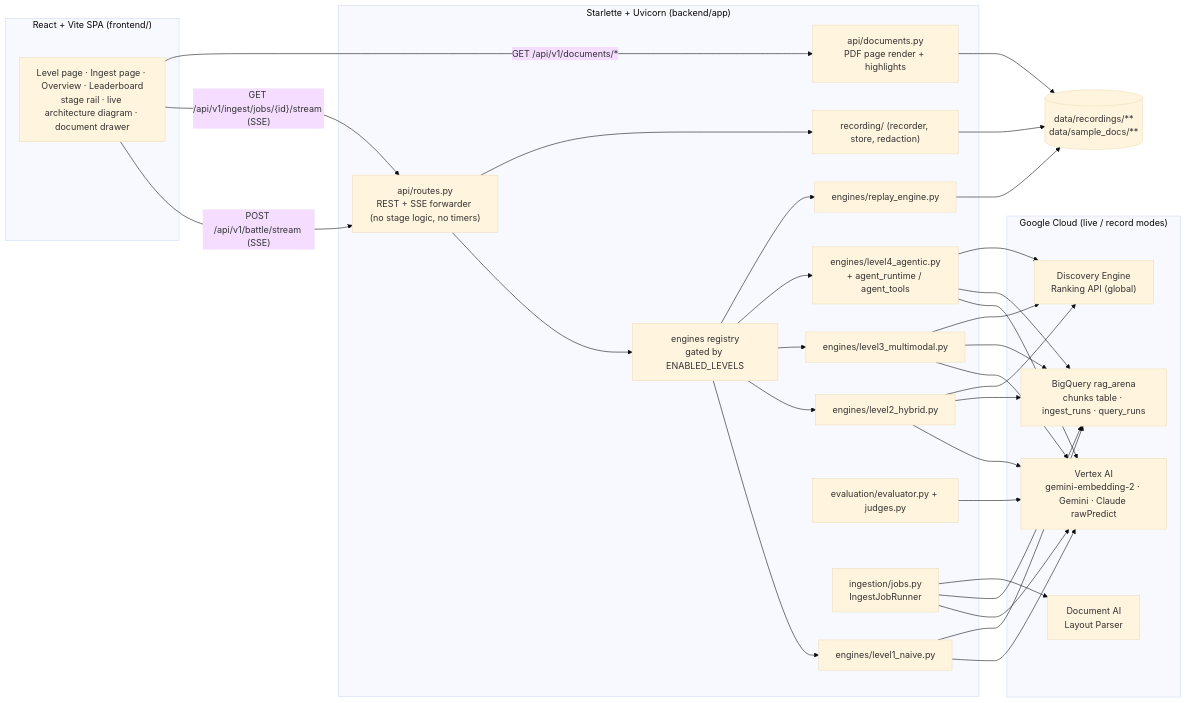
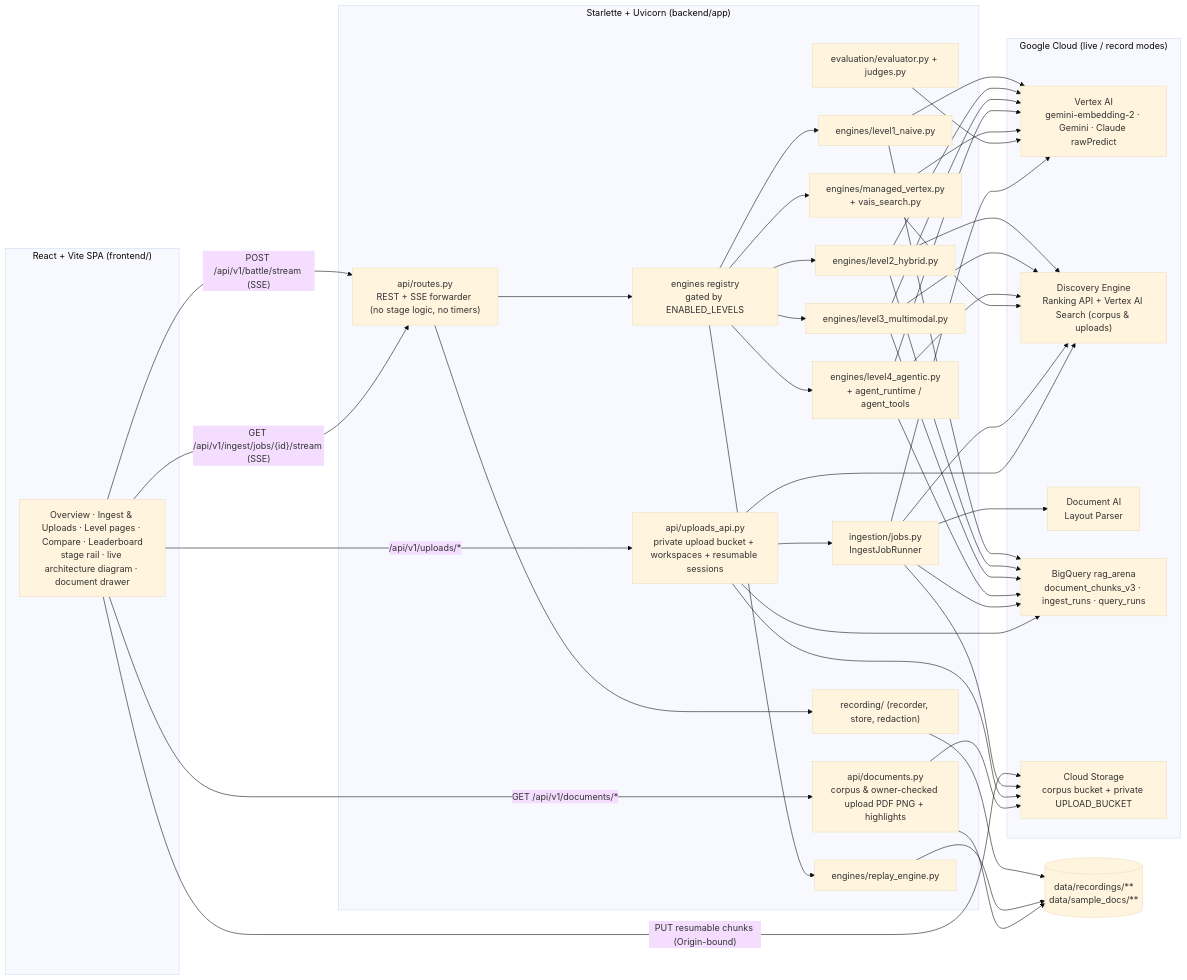
The diagram in docs/ARCHITECTURE.md (nishitpatel01/rag-arena), drawn with Mermaid (base theme) before and after one commit. The commit also changed other lines of this file and 9 other files, not shown here.

````diff
--- a/docs/ARCHITECTURE.md
+++ b/docs/ARCHITECTURE.md
@@ -28,40 +28,47 @@
 ```mermaid
 flowchart LR
     subgraph Browser["React + Vite SPA (frontend/)"]
-        UI["Level page · Ingest page · Overview · Leaderboard<br/>stage rail · live architecture diagram · document drawer"]
+        UI["Overview · Ingest & Uploads · Level pages · Compare · Leaderboard<br/>stage rail · live architecture diagram · document drawer"]
     end
     subgraph API["Starlette + Uvicorn (backend/app)"]
         R["api/routes.py<br/>REST + SSE forwarder (no stage logic, no timers)"]
-        D["api/documents.py<br/>PDF page render + highlights"]
+        UP["api/uploads_api.py<br/>private upload bucket + workspaces + resumable sessions"]
+        D["api/documents.py<br/>corpus & owner-checked upload PDF PNG + highlights"]
         REG["engines registry<br/>gated by ENABLED_LEVELS"]
         L1["engines/level1_naive.py"]
         L2["engines/level2_hybrid.py"]
         L3["engines/level3_multimodal.py"]
         L4["engines/level4_agentic.py<br/>+ agent_runtime / agent_tools"]
+        L5["engines/managed_vertex.py<br/>+ vais_search.py"]
         RP["engines/replay_engine.py"]
         EV["evaluation/evaluator.py + judges.py"]
         IJ["ingestion/jobs.py<br/>IngestJobRunner"]
         REC["recording/ (recorder, store, redaction)"]
     end
     subgraph GCP["Google Cloud (live / record modes)"]
         VX["Vertex AI<br/>gemini-embedding-2 · Gemini · Claude rawPredict"]
-        RA["Discovery Engine<br/>Ranking API (global)"]
+        RA["Discovery Engine<br/>Ranking API + Vertex AI Search (corpus & uploads)"]
         DA["Document AI<br/>Layout Parser"]
-        BQ["BigQuery rag_arena<br/>chunks table · ingest_runs · query_runs"]
+        BQ["BigQuery rag_arena<br/>document_chunks_v3 · ingest_runs · query_runs"]
+        GCS["Cloud Storage<br/>corpus bucket + private UPLOAD_BUCKET"]
     end
     FS[("data/recordings/**<br/>data/sample_docs/**")]
 
     UI -- "POST /api/v1/battle/stream (SSE)" --> R
     UI -- "GET /api/v1/ingest/jobs/{id}/stream (SSE)" --> R
+    UI -- "/api/v1/uploads/*" --> UP
+    UI -- "PUT resumable chunks (Origin-bound)" --> GCS
     UI -- "GET /api/v1/documents/*" --> D
-    R --> REG --> L1 & L2 & L3 & L4 & RP
+    R --> REG --> L1 & L2 & L3 & L4 & L5 & RP
     L1 --> VX & BQ
     L2 --> VX & BQ & RA
     L3 --> VX & BQ & RA
     L4 --> VX & BQ & RA
+    L5 --> VX & RA
     EV --> VX
-    IJ --> VX & BQ & DA
+    IJ --> VX & BQ & DA & RA & GCS
+    UP --> GCS & BQ & RA & IJ
     R --> REC --> FS
     RP --> FS
-    D --> FS
+    D --> FS & GCS
 ```
````
